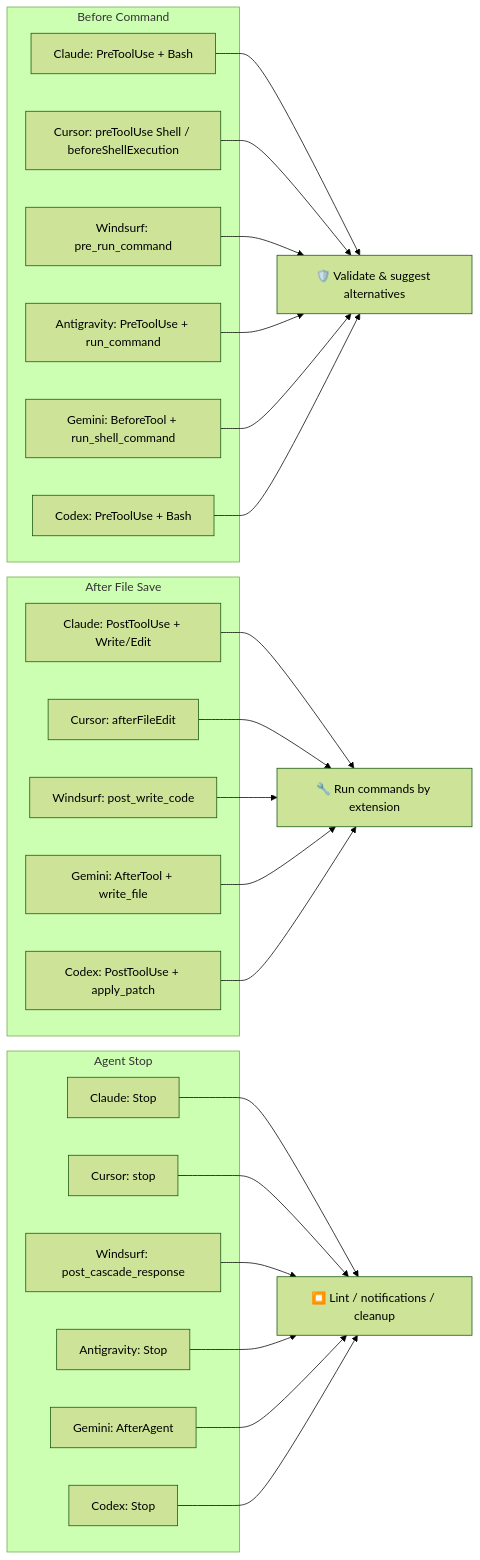
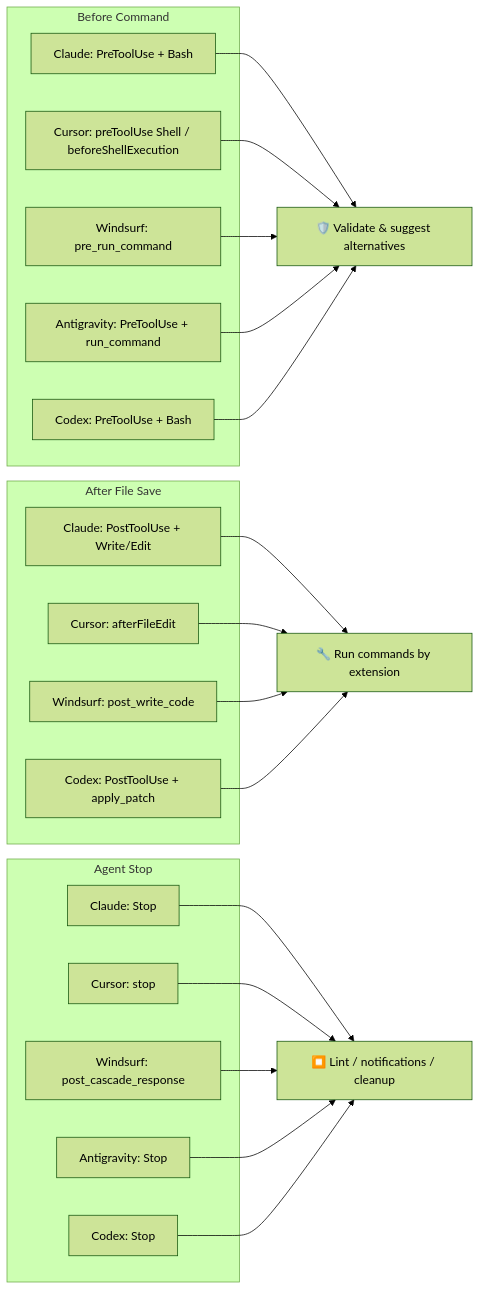
One commit to owayo/claw-hooks changed the diagram in README.md. Above: the diagram before and after it, drawn with Mermaid (forest theme). The commit also changed other lines of this file and 5 other files, not shown here.

````diff
--- a/README.md
+++ b/README.md
@@ -1095,48 +817,42 @@
 ```mermaid
 graph LR
     subgraph Before Command
         CC1[Claude: PreToolUse + Bash]
         CU1[Cursor: preToolUse Shell / beforeShellExecution]
         WS1[Windsurf: pre_run_command]
         AG1[Antigravity: PreToolUse + run_command]
-        GE1[Gemini: BeforeTool + run_shell_command]
         CX1[Codex: PreToolUse + Bash]
     end
     CH1[🛡️ Validate & suggest alternatives]
     CC1 --> CH1
     CU1 --> CH1
     WS1 --> CH1
     AG1 --> CH1
-    GE1 --> CH1
     CX1 --> CH1
 
     subgraph After File Save
         CC2[Claude: PostToolUse + Write/Edit]
         CU2[Cursor: afterFileEdit]
         WS2[Windsurf: post_write_code]
-        GE2[Gemini: AfterTool + write_file]
         CX2[Codex: PostToolUse + apply_patch]
     end
     CH2[🔧 Run commands by extension]
     CC2 --> CH2
     CU2 --> CH2
     WS2 --> CH2
-    GE2 --> CH2
     CX2 --> CH2
 
     subgraph Agent Stop
         CC3[Claude: Stop]
         CU3[Cursor: stop]
         WS3[Windsurf: post_cascade_response]
         AG3[Antigravity: Stop]
-        GE3[Gemini: AfterAgent]
         CX3[Codex: Stop]
     end
     CH3[⏹️ Lint / notifications / cleanup]
     CC3 --> CH3
     CU3 --> CH3
     WS3 --> CH3
     AG3 --> CH3
-    GE3 --> CH3
     CX3 --> CH3
 ```
````
